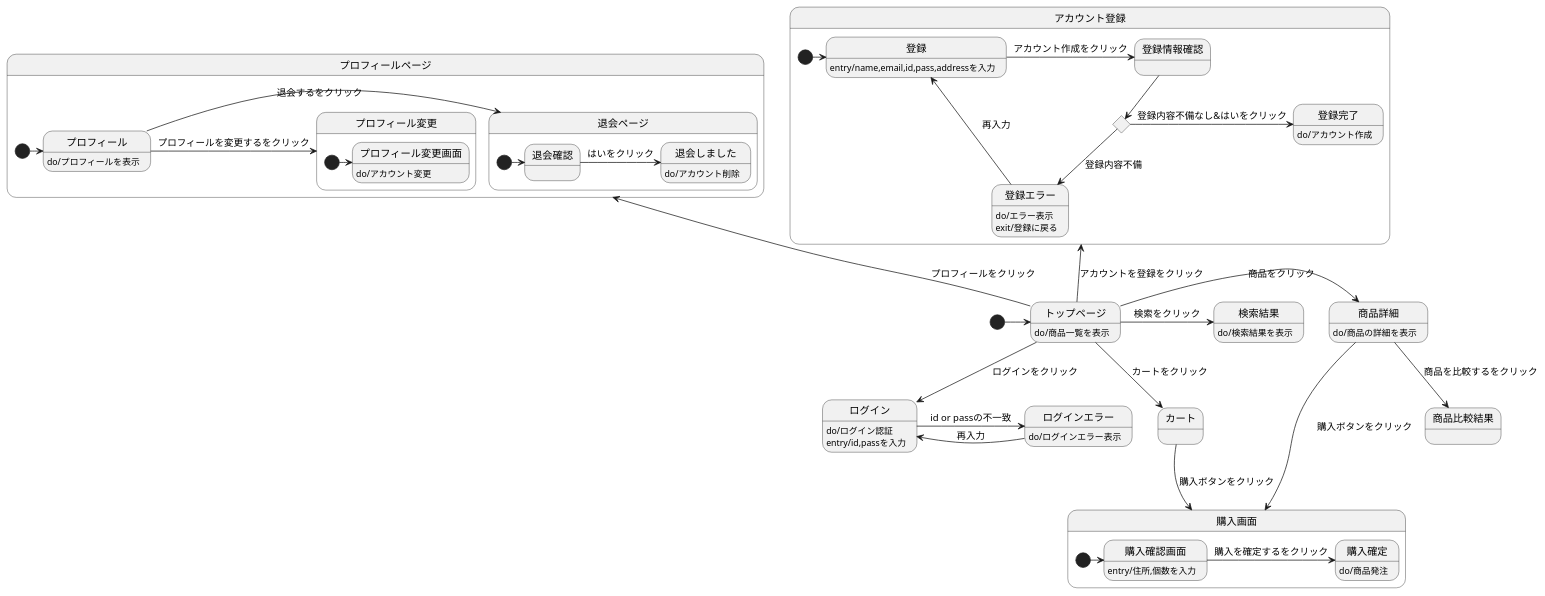
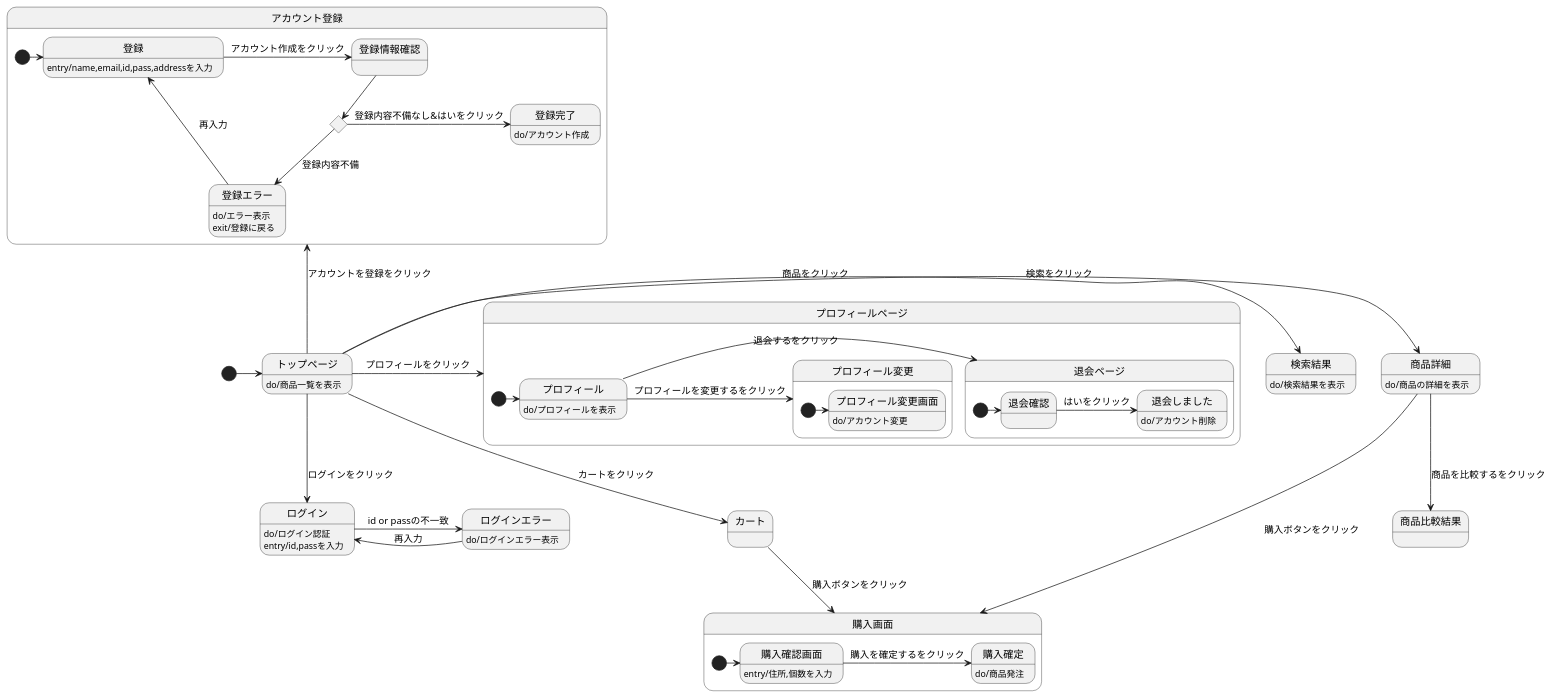
Before and after one commit to Aso2001159/2021sys-design: the diagram in stm01.md, drawn with PlantUML.

````diff
--- a/stm01.md
+++ b/stm01.md
@@ -1,58 +1,58 @@
 ```uml
 
 @startuml
 [*]->トップページ
 トップページ : do/商品一覧を表示
 トップページ->商品詳細 : 商品をクリック
   商品詳細 : do/商品の詳細を表示
   商品詳細 --> 商品比較結果 : 商品を比較するをクリック
   商品詳細-> 購入画面 :　購入ボタンをクリック
 トップページ-down->ログイン :ログインをクリック
   ログイン : do/ログイン認証
   ログイン : entry/id,passを入力
   ログイン -> ログインエラー : id or passの不一致
     ログインエラー :do/ログインエラー表示
   ログインエラー -> ログイン : 再入力
 トップページ-->カート :カートをクリック
 カート --> 購入画面 : 購入ボタンをクリック
 state 購入画面{
   [*]-> 購入確認画面
   購入確認画面 : entry/住所,個数を入力
   購入確認画面 -> 購入確定 : 購入を確定するをクリック
   購入確定 : do/商品発注
 }
 state アカウント登録{
 [*]-> 登録 
   トップページ-up-> アカウント登録 :アカウントを登録をクリック
   state t確認 <<choice>>
   登録 : entry/name,email,id,pass,addressを入力
   登録 ->登録情報確認: アカウント作成をクリック
   登録情報確認 --> t確認 
   t確認 --> 登録エラー : 登録内容不備
     登録エラー : do/エラー表示
     登録エラー : exit/登録に戻る
    登録エラー -> 登録 : 再入力
   t確認 -> 登録完了: 登録内容不備なし&はいをクリック
     登録完了: do/アカウント作成
   }
 トップページ->検索結果 :検索をクリック
   検索結果 : do/検索結果を表示
-トップページ-up->プロフィールページ :プロフィールをクリック
+トップページ-right->プロフィールページ :プロフィールをクリック
 state プロフィールページ{
 [*] -> プロフィール
 プロフィール : do/プロフィールを表示
   プロフィール ->退会ページ :退会するをクリック
   state 退会ページ{
     [*]-> 退会確認 
     退会確認-> 退会しました : はいをクリック
       退会しました : do/アカウント削除
     }
     プロフィール -> プロフィール変更 : プロフィールを変更するをクリック
     state プロフィール変更{
       [*]-> プロフィール変更画面
       プロフィール変更画面 : do/アカウント変更
     }
  }
 @enduml
 
 ```
````
